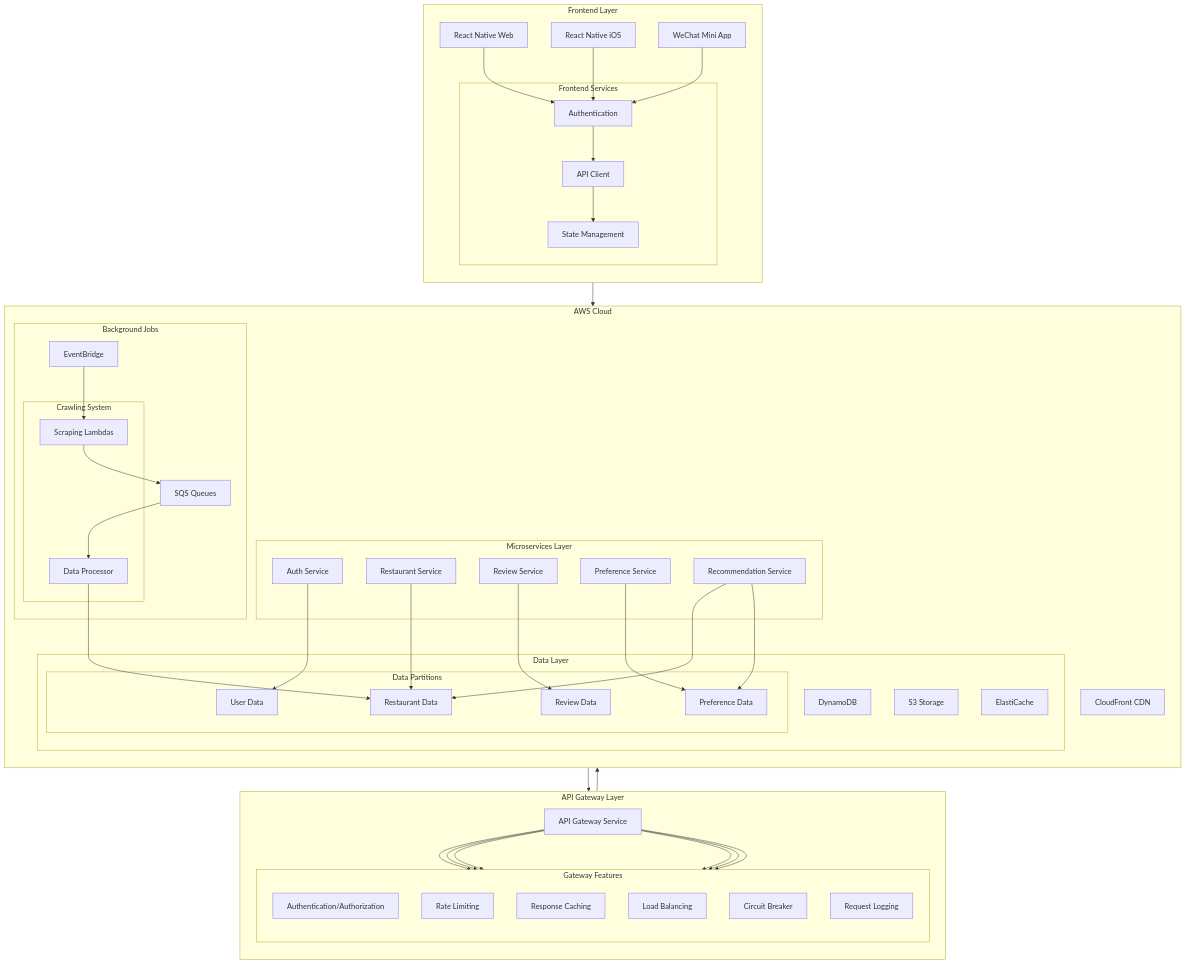
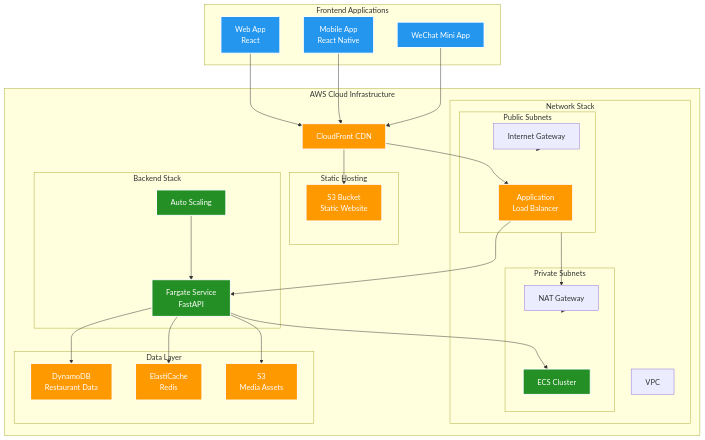
One commit to chenmingwei23/smart-dine changed the first of 2 diagrams in README.md. Above: the diagram before and after it, drawn with Mermaid. The commit also changed other lines of this file and 12 other files, not shown here.

First line of the commit message:
feat(infrastructure): Introduce AWS CDK infrastructure for Smart Dine project

````diff
--- a/README.md
+++ b/README.md
@@ -82,93 +82,76 @@
 ```mermaid
-flowchart TD
-    subgraph FrontendLayer["Frontend Layer"]
-        direction TB
-        WebApp["React Native Web"]
-        iOSApp["React Native iOS"]
-        WeChatApp["WeChat Mini App"]
+graph TB
+    %% Frontend Applications
+    subgraph Frontend["Frontend Applications"]
+        Web["Web App<br/>React"]
+        Mobile["Mobile App<br/>React Native"]
+        WeChat["WeChat Mini App"]
+    end
+
+    %% AWS Cloud Infrastructure
+    subgraph AWS["AWS Cloud Infrastructure"]
+        %% Content Delivery
+        CDN["CloudFront CDN"]
         
-        subgraph FrontendServices["Frontend Services"]
-            Auth["Authentication"]
-            StateManagement["State Management"]
-            APIClient["API Client"]
+        %% Frontend Hosting
+        subgraph Static["Static Hosting"]
+            S3["S3 Bucket<br/>Static Website"]
         end
         
-        WebApp --> Auth
-        iOSApp --> Auth
-        WeChatApp --> Auth
-        Auth --> APIClient
-        APIClient --> StateManagement
-    end
-
-    subgraph APIGatewayLayer["API Gateway Layer"]
-        direction TB
-        APIGatewayService["API Gateway Service"]
-        subgraph GatewayFeatures["Gateway Features"]
-            direction TB
-            Authentication["Authentication/Authorization"]
-            RateLimiting["Rate Limiting"]
-            Caching["Response Caching"]
-            LoadBalancing["Load Balancing"]
-            CircuitBreaker["Circuit Breaker"]
-            Logging["Request Logging"]
-        end
-        APIGatewayService --> Authentication
-        APIGatewayService --> RateLimiting
-        APIGatewayService --> Caching
-        APIGatewayService --> LoadBalancing
-        APIGatewayService --> CircuitBreaker
-        APIGatewayService --> Logging
-    end
-
-    subgraph AWSCloud["AWS Cloud"]
-        direction TB
-        CloudFront["CloudFront CDN"]
-        
-        subgraph ServiceLayer["Microservices Layer"]
-            AuthService["Auth Service"]
-            RestaurantService["Restaurant Service"]
-            PreferenceService["Preference Service"]
-            ReviewService["Review Service"]
-            RecommendationService["Recommendation Service"]
-        end
-        
-        subgraph DataLayer["Data Layer"]
-            DynamoDB["DynamoDB"]
-            S3["S3 Storage"]
-            ElasticCache["ElastiCache"]
-            
-            subgraph DataPartitions["Data Partitions"]
-                UserDB["User Data"]
-                RestaurantDB["Restaurant Data"]
-                ReviewDB["Review Data"]
-                PreferenceDB["Preference Data"]
+        %% Network Layer
+        subgraph Network["Network Stack"]
+            VPC["VPC"]
+            subgraph Public["Public Subnets"]
+                ALB["Application<br/>Load Balancer"]
+                IGW["Internet Gateway"]
+            end
+            subgraph Private["Private Subnets"]
+                ECS["ECS Cluster"]
+                NAT["NAT Gateway"]
             end
         end
         
-        subgraph BackgroundJobs["Background Jobs"]
-            EventBridge["EventBridge"]
-            SQS["SQS Queues"]
-            
-            subgraph CrawlingSystem["Crawling System"]
-                Scrapers["Scraping Lambdas"]
-                DataProcessor["Data Processor"]
-            end
+        %% Backend Services
+        subgraph Backend["Backend Stack"]
+            Fargate["Fargate Service<br/>FastAPI"]
+            AutoScale["Auto Scaling"]
+        end
+        
+        %% Data Layer
+        subgraph Data["Data Layer"]
+            DDB["DynamoDB<br/>Restaurant Data"]
+            Cache["ElastiCache<br/>Redis"]
+            Assets["S3<br/>Media Assets"]
         end
     end
+
+    %% Connections
+    Web --> CDN
+    Mobile --> CDN
+    WeChat --> CDN
     
-    FrontendLayer --> CloudFront
-    CloudFront --> APIGatewayLayer
-    APIGatewayLayer --> ServiceLayer
+    CDN --> S3
+    CDN --> ALB
     
-    AuthService --> UserDB
-    RestaurantService --> RestaurantDB
-    ReviewService --> ReviewDB
-    PreferenceService --> PreferenceDB
-    RecommendationService --> RestaurantDB
-    RecommendationService --> PreferenceDB
+    ALB --> Fargate
+    Fargate --> ECS
+    AutoScale --> Fargate
     
-    EventBridge --> Scrapers
-    Scrapers --> SQS
-    SQS --> DataProcessor
-    DataProcessor --> RestaurantDB
+    Fargate --> DDB
+    Fargate --> Cache
+    Fargate --> Assets
+    
+    %% Network Connections
+    IGW --> Public
+    Public --> NAT
+    NAT --> Private
+
+    %% Styling
+    classDef primary fill:#2496ed,stroke:#fff,stroke-width:2px,color:#fff
+    classDef secondary fill:#248f24,stroke:#fff,stroke-width:2px,color:#fff
+    classDef aws fill:#ff9900,stroke:#fff,stroke-width:2px,color:#fff
+    
+    class Web,Mobile,WeChat primary
+    class Fargate,ECS,AutoScale secondary
+    class CDN,S3,ALB,DDB,Cache,Assets aws
 ```
````
